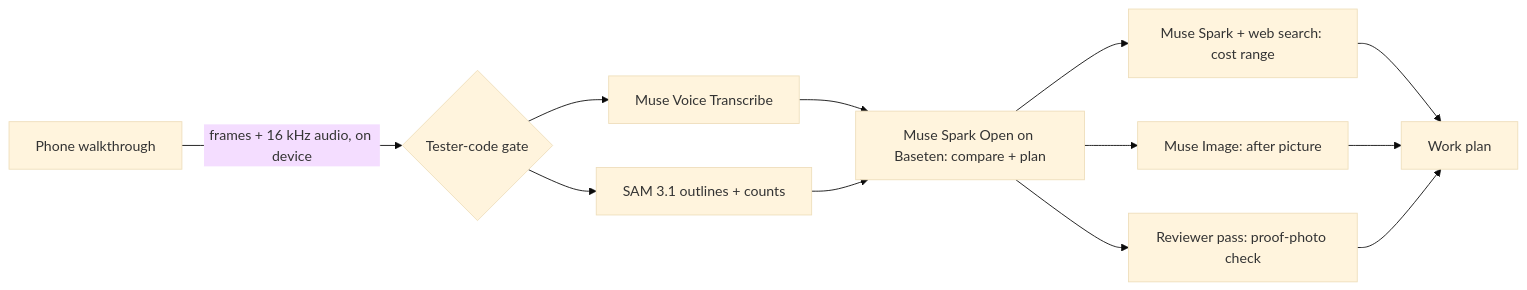
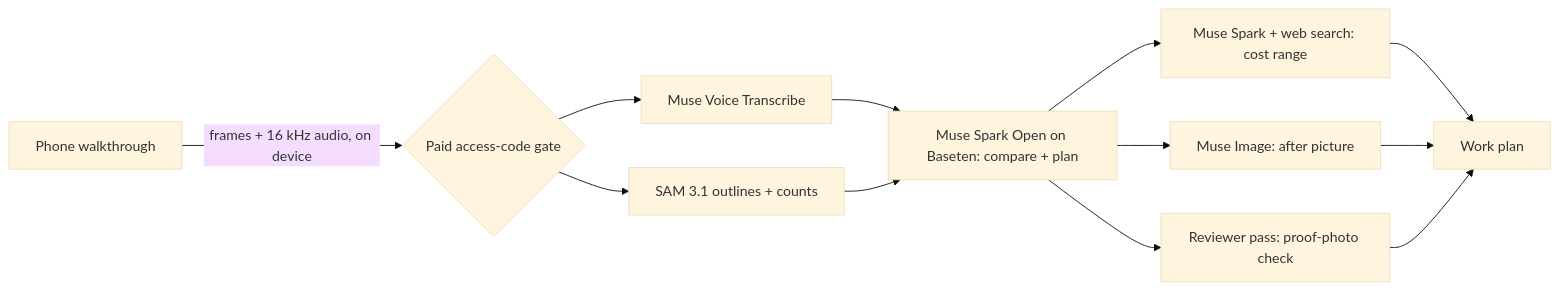
The diagram in README.md (asjames18/sightworkapp), drawn with Mermaid (base theme) before and after one commit. The commit also changed other lines of this file, not shown here.

Commit message:
README: real runs use a paid plan or your own key

````diff
--- a/README.md
+++ b/README.md
@@ -67,14 +67,14 @@
 ```mermaid
 flowchart LR
-  V[Phone walkthrough] -->|frames + 16 kHz audio, on device| G{Tester-code gate}
+  V[Phone walkthrough] -->|frames + 16 kHz audio, on device| G{Paid access-code gate}
   G --> T[Muse Voice Transcribe]
   G --> S[SAM 3.1 outlines + counts]
   T --> P[Muse Spark Open on Baseten: compare + plan]
   S --> P
   P --> C[Muse Spark + web search: cost range]
   P --> I[Muse Image: after picture]
   P --> R[Reviewer pass: proof-photo check]
   C --> W[Work plan]
   I --> W
   R --> W
 ```
````
